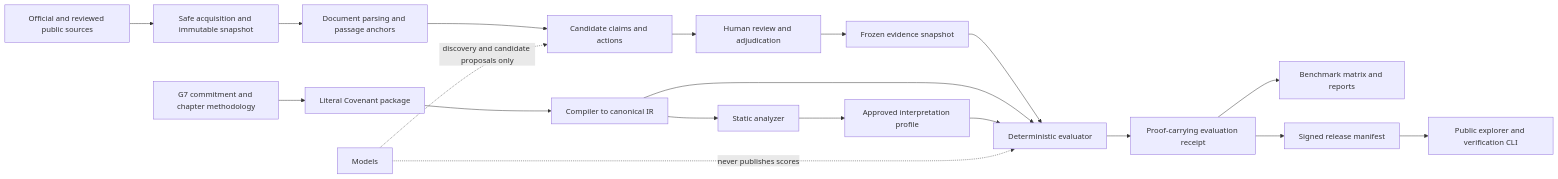
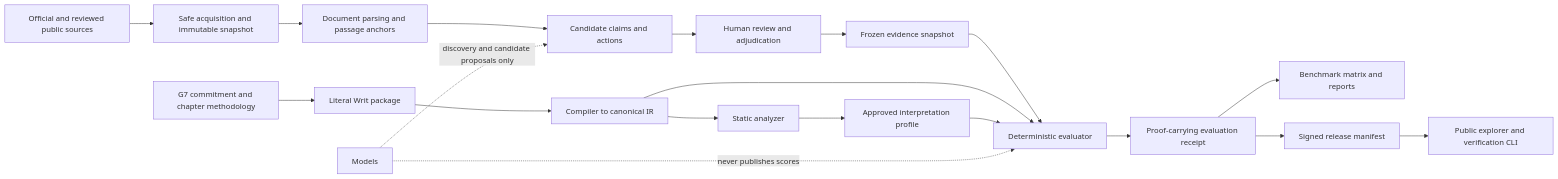
Before and after one commit to saykig/Writ: the diagram in docs/architecture.mmd, drawn with Mermaid. The commit also changed 258 other files, not shown here.

Commit message:
refactor: rename Covenant language to Writ

```diff
--- a/docs/architecture.mmd
+++ b/docs/architecture.mmd
@@ -1,22 +1,22 @@
 flowchart LR
   A[Official and reviewed public sources] --> B[Safe acquisition and immutable snapshot]
   B --> C[Document parsing and passage anchors]
   C --> D[Candidate claims and actions]
   D --> E[Human review and adjudication]
   E --> F[Frozen evidence snapshot]
 
-  G[G7 commitment and chapter methodology] --> H[Literal Covenant package]
+  G[G7 commitment and chapter methodology] --> H[Literal Writ package]
   H --> I[Compiler to canonical IR]
   I --> J[Static analyzer]
   J --> K[Approved interpretation profile]
 
   F --> L[Deterministic evaluator]
   I --> L
   K --> L
   L --> M[Proof-carrying evaluation receipt]
   M --> N[Benchmark matrix and reports]
   M --> O[Signed release manifest]
   O --> P[Public explorer and verification CLI]
 
   Q[Models] -. discovery and candidate proposals only .-> D
   Q -. never publishes scores .-> L
```
